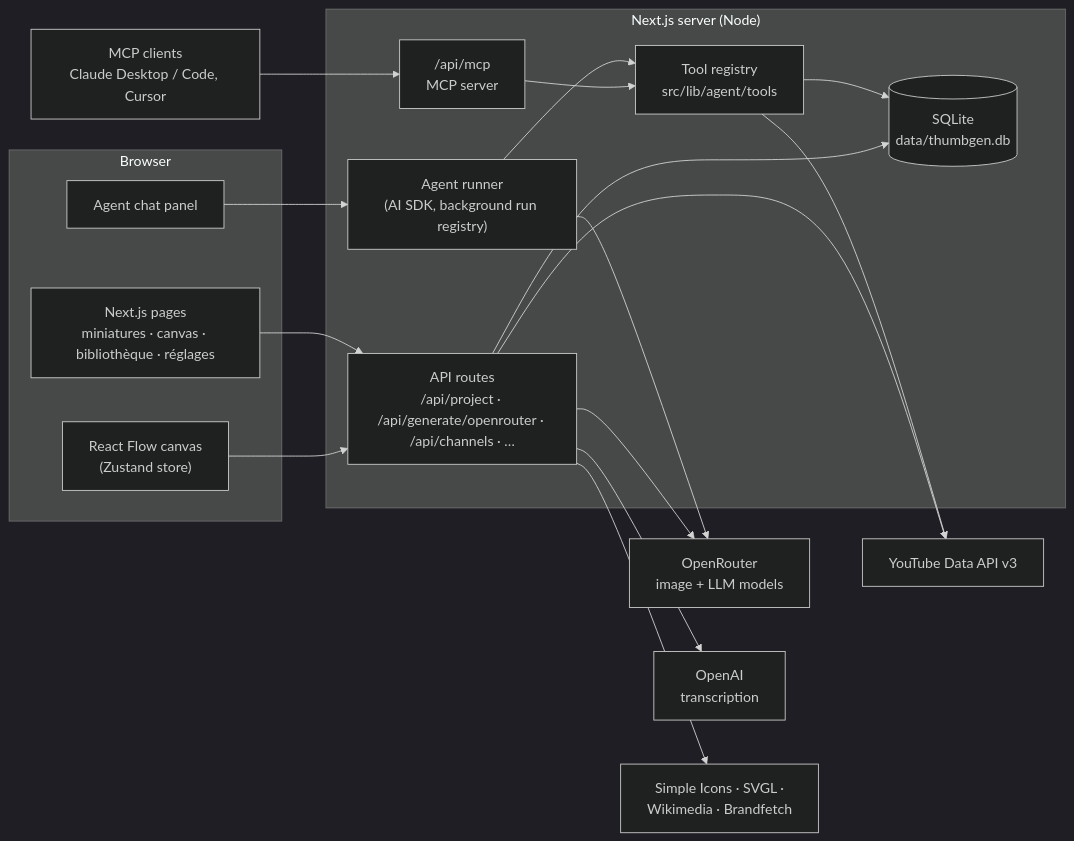
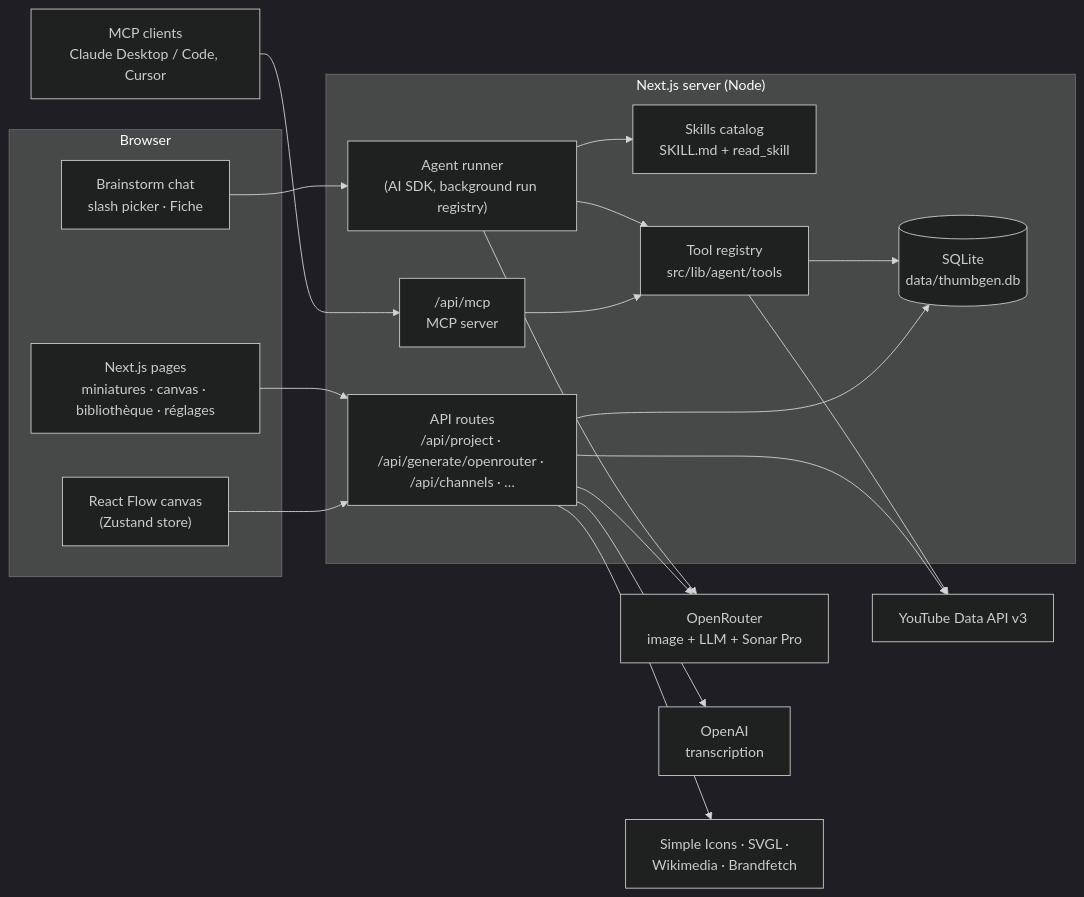
Before and after one commit to ohvignas/ThumbGen: the diagram in README.md, drawn with Mermaid (dark theme). The commit also changed other lines of this file and 141 other files, not shown here.

First line of the commit message:
feat(agent): runtime skills and composer `/` picker, without the 7-step journey

````diff
--- a/README.md
+++ b/README.md
@@ -295,37 +355,39 @@
 ```mermaid
 flowchart LR
   subgraph Browser
     UI["Next.js pages<br/>miniatures · canvas · bibliothèque · réglages"]
     RF["React Flow canvas<br/>(Zustand store)"]
-    Chat["Agent chat panel"]
+    Chat["Brainstorm chat<br/>slash picker · Fiche"]
   end
 
   subgraph Server["Next.js server (Node)"]
     API["API routes<br/>/api/project · /api/generate/openrouter · /api/channels · …"]
     Agent["Agent runner<br/>(AI SDK, background run registry)"]
+    Skills["Skills catalog<br/>SKILL.md + read_skill"]
     Tools["Tool registry<br/>src/lib/agent/tools"]
     MCP["/api/mcp<br/>MCP server"]
     DB[("SQLite<br/>data/thumbgen.db")]
   end
 
-  OR["OpenRouter<br/>image + LLM models"]
+  OR["OpenRouter<br/>image + LLM + Sonar Pro"]
   YT["YouTube Data API v3"]
   OA["OpenAI<br/>transcription"]
   Logos["Simple Icons · SVGL ·<br/>Wikimedia · Brandfetch"]
   Ext["MCP clients<br/>Claude Desktop / Code, Cursor"]
 
   UI --> API
   RF --> API
   Chat --> Agent
+  Agent --> Skills
   Agent --> Tools
   MCP --> Tools
   Tools --> DB
   API --> DB
   Agent --> OR
   API --> OR
   Tools --> YT
   API --> YT
   API --> OA
   API --> Logos
   Ext --> MCP
 ```
````
